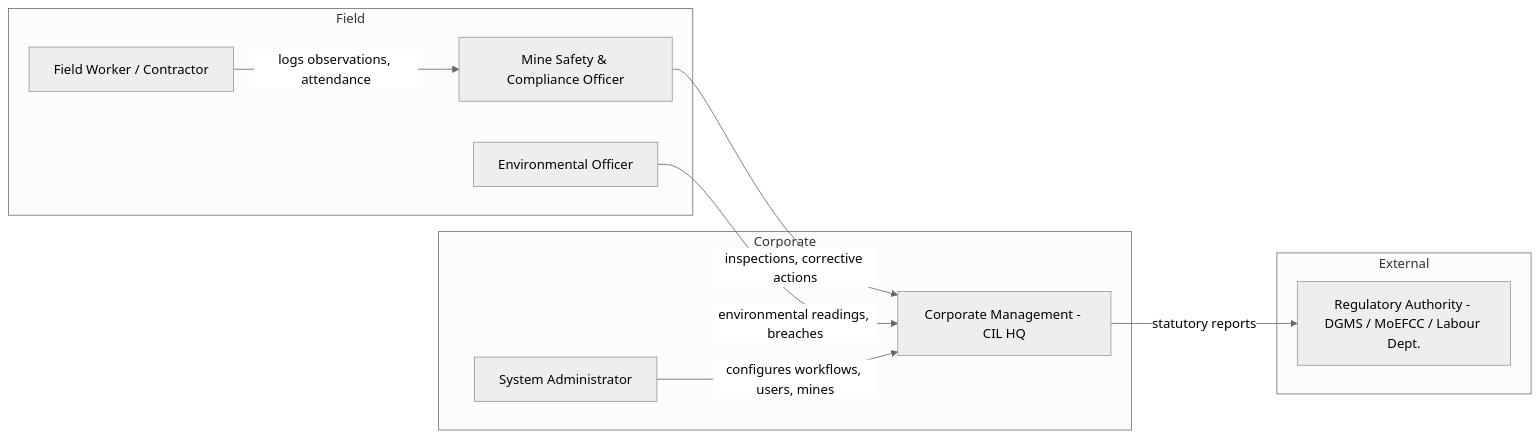
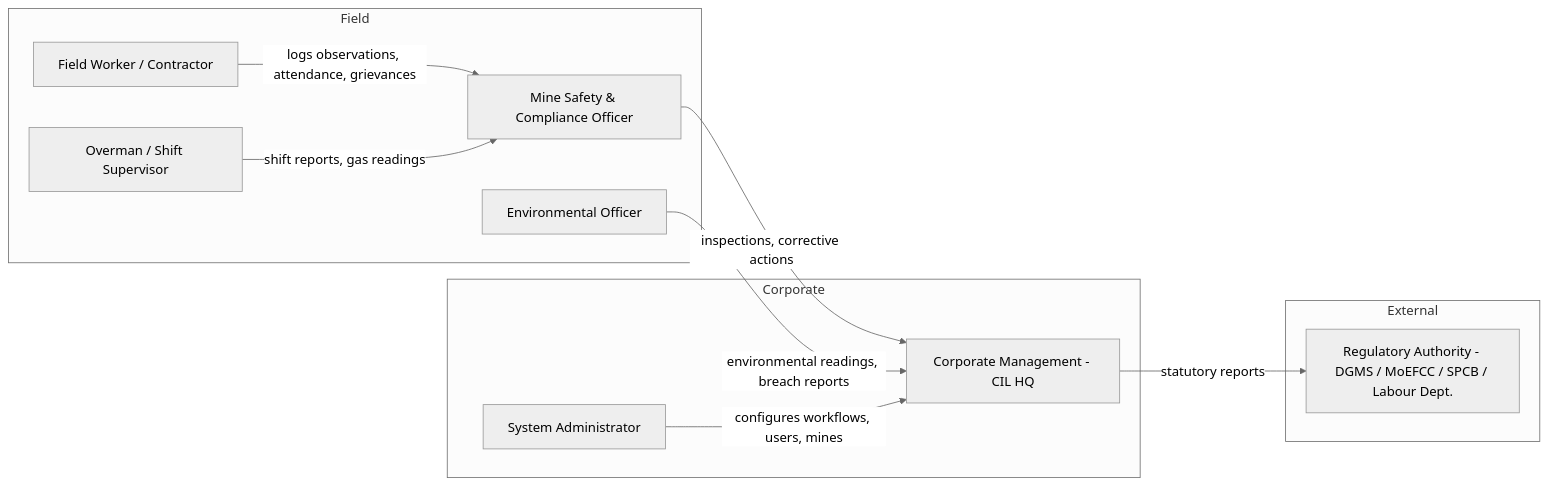
One commit to Coalmast/SIH2k26-1 changed the second of 8 diagrams in docs/Product Brief.md. Above: the diagram before and after it, drawn with Mermaid (neutral theme). The commit also changed other lines of this file and 25 other files, not shown here.

````diff
--- a/docs/Product Brief.md
+++ b/docs/Product Brief.md
@@ -84,21 +83,23 @@
 ```mermaid
 graph LR
     subgraph Field
         FW[Field Worker / Contractor]
         MO[Mine Safety & Compliance Officer]
         EO[Environmental Officer]
+        OV[Overman / Shift Supervisor]
     end
     subgraph Corporate
         CM[Corporate Management - CIL HQ]
         SA[System Administrator]
     end
     subgraph External
-        RA[Regulatory Authority - DGMS / MoEFCC / Labour Dept.]
+        RA[Regulatory Authority - DGMS / MoEFCC / SPCB / Labour Dept.]
     end
 
-    FW -- logs observations, attendance --> MO
+    FW -- logs observations, attendance, grievances --> MO
+    OV -- shift reports, gas readings --> MO
     MO -- inspections, corrective actions --> CM
-    EO -- environmental readings, breaches --> CM
+    EO -- environmental readings, breach reports --> CM
     CM -- statutory reports --> RA
     SA -- configures workflows, users, mines --> CM
 ```
````
